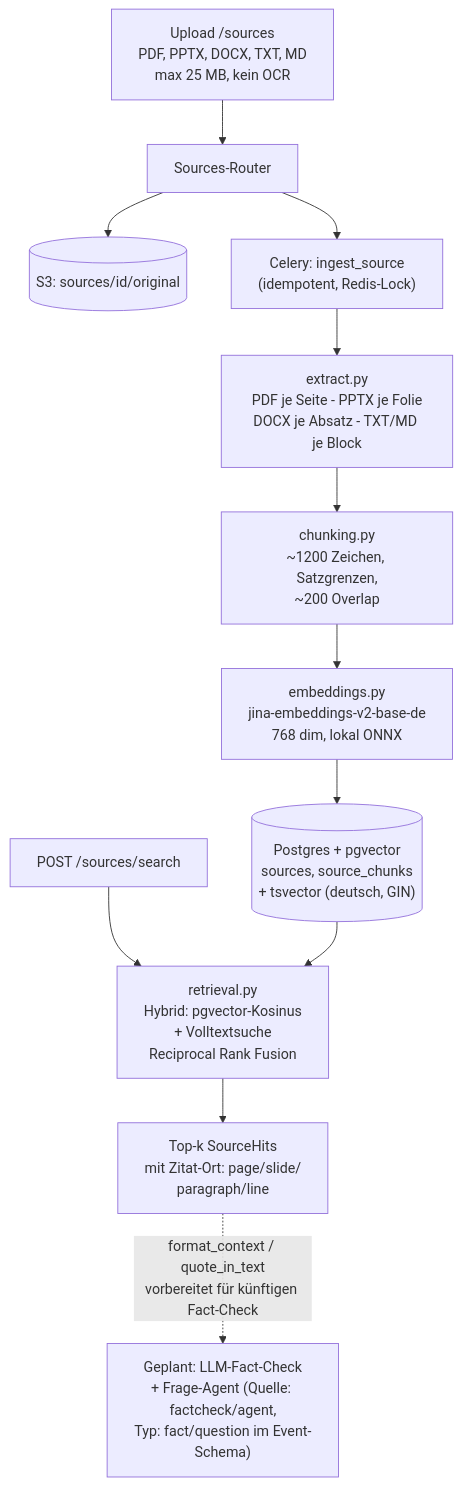
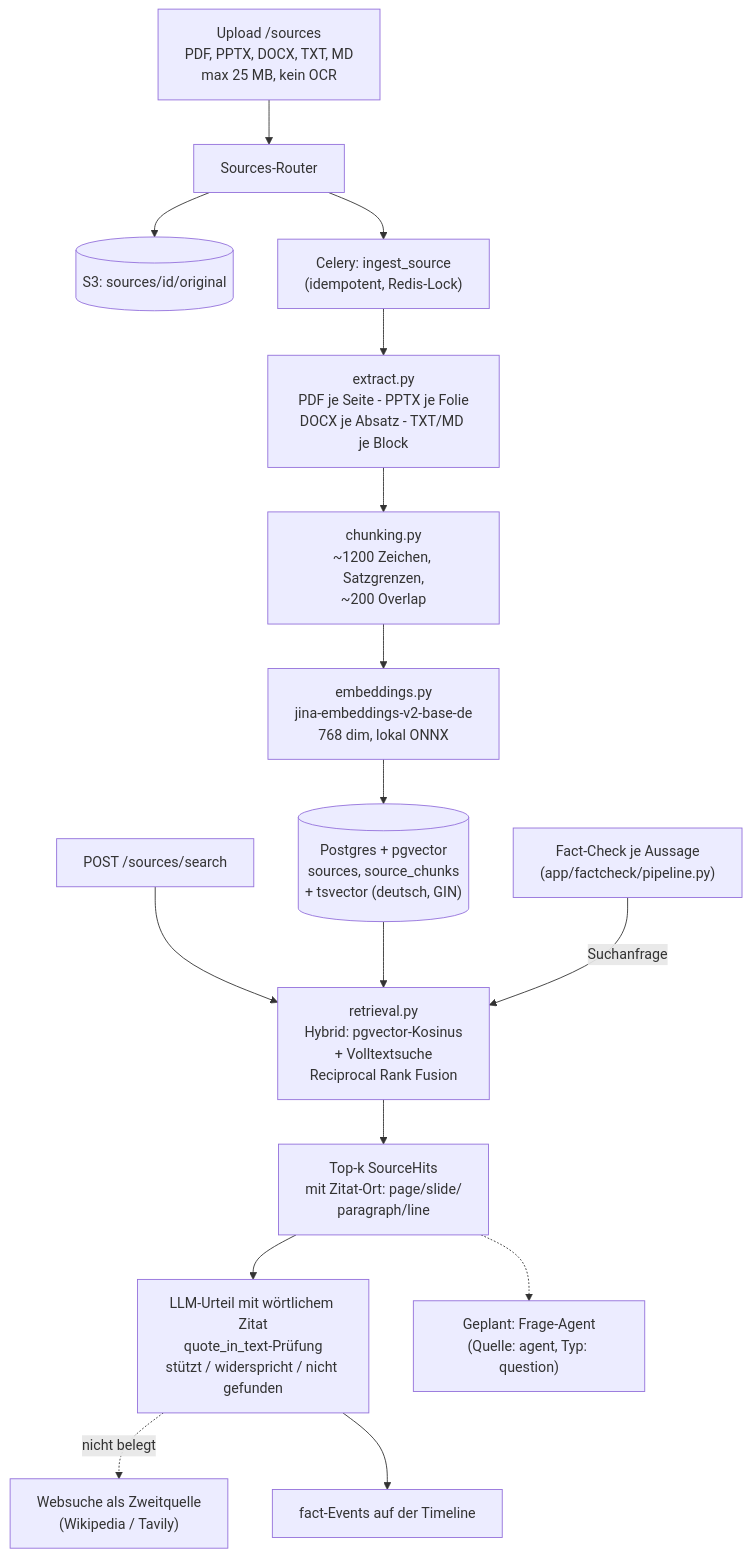
One commit to johannes3502/hackathon-fulda changed the fourth of 10 diagrams in docs/03-architecture.md. Above: the diagram before and after it, drawn with Mermaid. The commit also changed other lines of this file and 32 other files, not shown here.

First line of the commit message:
Add fact-check with RAG over uploaded sources and web fallback

````diff
--- a/docs/03-architecture.md
+++ b/docs/03-architecture.md
@@ -149,15 +163,19 @@
 ```mermaid
 flowchart TB
     UP["Upload /sources<br/>PDF, PPTX, DOCX, TXT, MD<br/>max 25 MB, kein OCR"] --> API["Sources-Router"]
     API --> S3A[("S3: sources/id/original")]
     API --> Q["Celery: ingest_source<br/>(idempotent, Redis-Lock)"]
     Q --> EX["extract.py<br/>PDF je Seite - PPTX je Folie<br/>DOCX je Absatz - TXT/MD je Block"]
     EX --> CH["chunking.py<br/>~1200 Zeichen, Satzgrenzen,<br/>~200 Overlap"]
     CH --> EM["embeddings.py<br/>jina-embeddings-v2-base-de<br/>768 dim, lokal ONNX"]
     EM --> PGDB[("Postgres + pgvector<br/>sources, source_chunks<br/>+ tsvector (deutsch, GIN)")]
 
     SEARCH["POST /sources/search"] --> RET["retrieval.py<br/>Hybrid: pgvector-Kosinus<br/>+ Volltextsuche<br/>Reciprocal Rank Fusion"]
     PGDB --> RET
     RET --> HITS["Top-k SourceHits<br/>mit Zitat-Ort: page/slide/<br/>paragraph/line"]
-    HITS -. "format_context / quote_in_text<br/>vorbereitet für künftigen Fact-Check" .-> FUTURE["Geplant: LLM-Fact-Check<br/>+ Frage-Agent (Quelle: factcheck/agent,<br/>Typ: fact/question im Event-Schema)"]
+    FCQ["Fact-Check je Aussage<br/>(app/factcheck/pipeline.py)"] -- "Suchanfrage" --> RET
+    HITS --> JUDGE["LLM-Urteil mit wörtlichem Zitat<br/>quote_in_text-Prüfung<br/>stützt / widerspricht / nicht gefunden"]
+    JUDGE -. "nicht belegt" .-> WEBQ["Websuche als Zweitquelle<br/>(Wikipedia / Tavily)"]
+    JUDGE --> EVT["fact-Events auf der Timeline"]
+    HITS -.-> FUTURE["Geplant: Frage-Agent<br/>(Quelle: agent, Typ: question)"]
 ```
````
